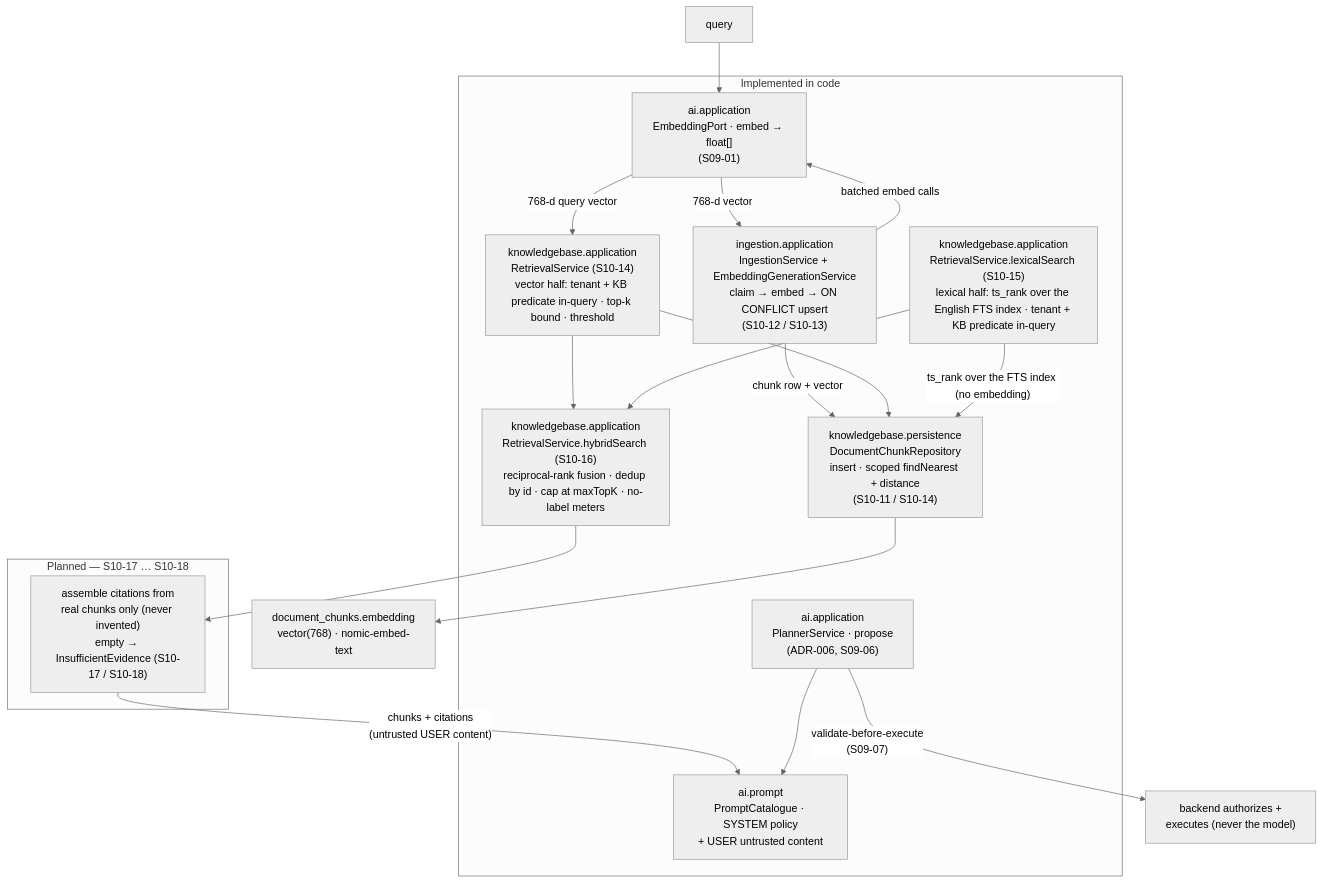
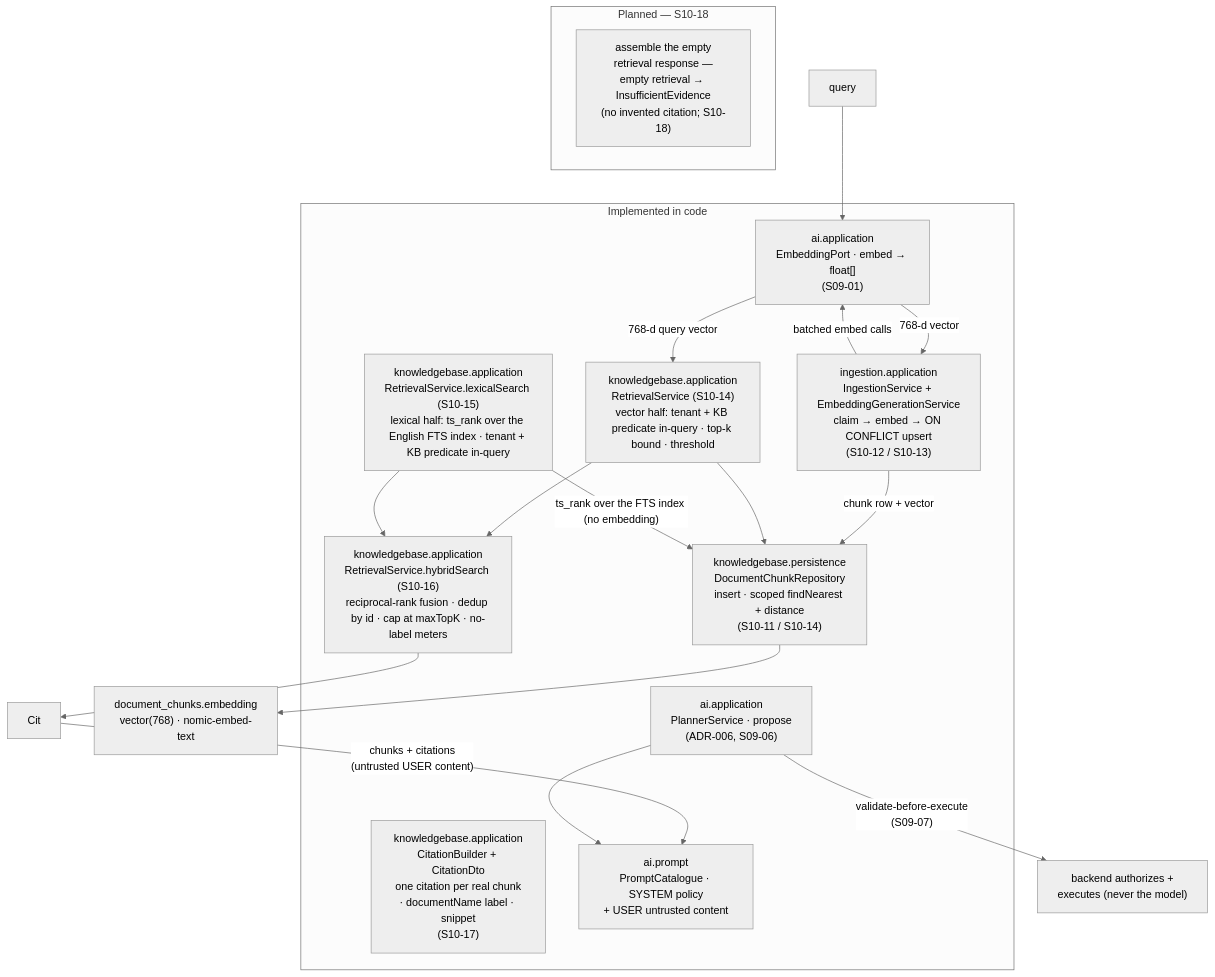
Before and after one commit to JavaCoDED78/agentflow: the diagram in docs/rag/README.md, drawn with Mermaid (neutral theme). The commit also changed other lines of this file and 16 other files, not shown here.

````diff
--- a/docs/rag/README.md
+++ b/docs/rag/README.md
@@ -38,37 +39,38 @@
 ```mermaid
 flowchart TB
     subgraph Impl["Implemented in code"]
         Repo["knowledgebase.persistence<br/>DocumentChunkRepository<br/>insert · scoped findNearest + distance<br/>(S10-11 / S10-14)"]
         Embed["ai.application<br/>EmbeddingPort · embed → float[]<br/>(S09-01)"]
         Ing["ingestion.application<br/>IngestionService + EmbeddingGenerationService<br/>claim → embed → ON CONFLICT upsert<br/>(S10-12 / S10-13)"]
         Ret["knowledgebase.application<br/>RetrievalService (S10-14)<br/>vector half: tenant + KB predicate in-query · top-k bound · threshold"]
         Lex["knowledgebase.application<br/>RetrievalService.lexicalSearch (S10-15)<br/>lexical half: ts_rank over the English FTS index · tenant + KB predicate in-query"]
         Hybrid["knowledgebase.application<br/>RetrievalService.hybridSearch (S10-16)<br/>reciprocal-rank fusion · dedup by id · cap at maxTopK · no-label meters"]
+        Cite["knowledgebase.application<br/>CitationBuilder + CitationDto<br/>one citation per real chunk<br/>· documentName label · snippet<br/>(S10-17)"]
         Planner["ai.application<br/>PlannerService · propose<br/>(ADR-006, S09-06)"]
         Catalogue["ai.prompt<br/>PromptCatalogue · SYSTEM policy<br/>+ USER untrusted content"]
     end
-    subgraph Planned["Planned — S10-17 … S10-18"]
-        Cit["assemble citations from<br/>real chunks only (never invented)<br/>empty → InsufficientEvidence (S10-17 / S10-18)"]
+    subgraph Planned["Planned — S10-18"]
+        NoEvid["assemble the empty<br/>retrieval response —<br/>empty retrieval → InsufficientEvidence<br/>(no invented citation; S10-18)"]
     end
     Doc["document_chunks.embedding<br/>vector(768) · nomic-embed-text"]
 
     %% Indexing path (writing vectors)
     Ing -->|"batched embed calls"| Embed
     Embed -->|"768-d vector"| Ing
     Ing -->|"chunk row + vector"| Repo
     Repo --> Doc
 
     %% Retrieval path (reading vectors + lexical index)
     Q["query"] --> Embed
     Embed -->|"768-d query vector"| Ret
     Ret --> Repo
     Lex -->|"ts_rank over the FTS index (no embedding)"| Repo
 
     %% Grounding path (feeding the model)
     Ret --> Hybrid
     Lex --> Hybrid
     Hybrid --> Cit
     Cit -->|"chunks + citations<br/>(untrusted USER content)"| Catalogue
     Planner --> Catalogue
     Planner -->|"validate-before-execute<br/>(S09-07)"| Backend["backend authorizes +<br/>executes (never the model)"]
 ```
````
